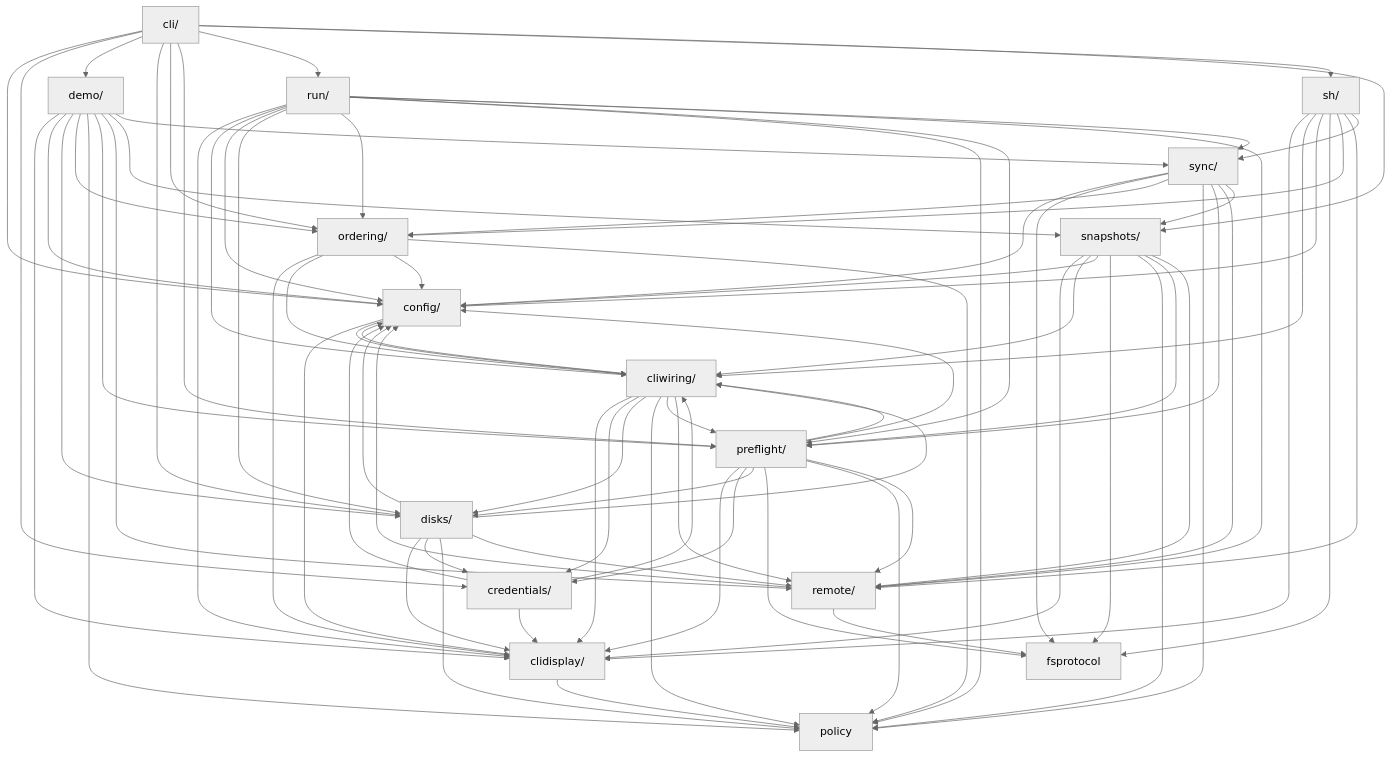
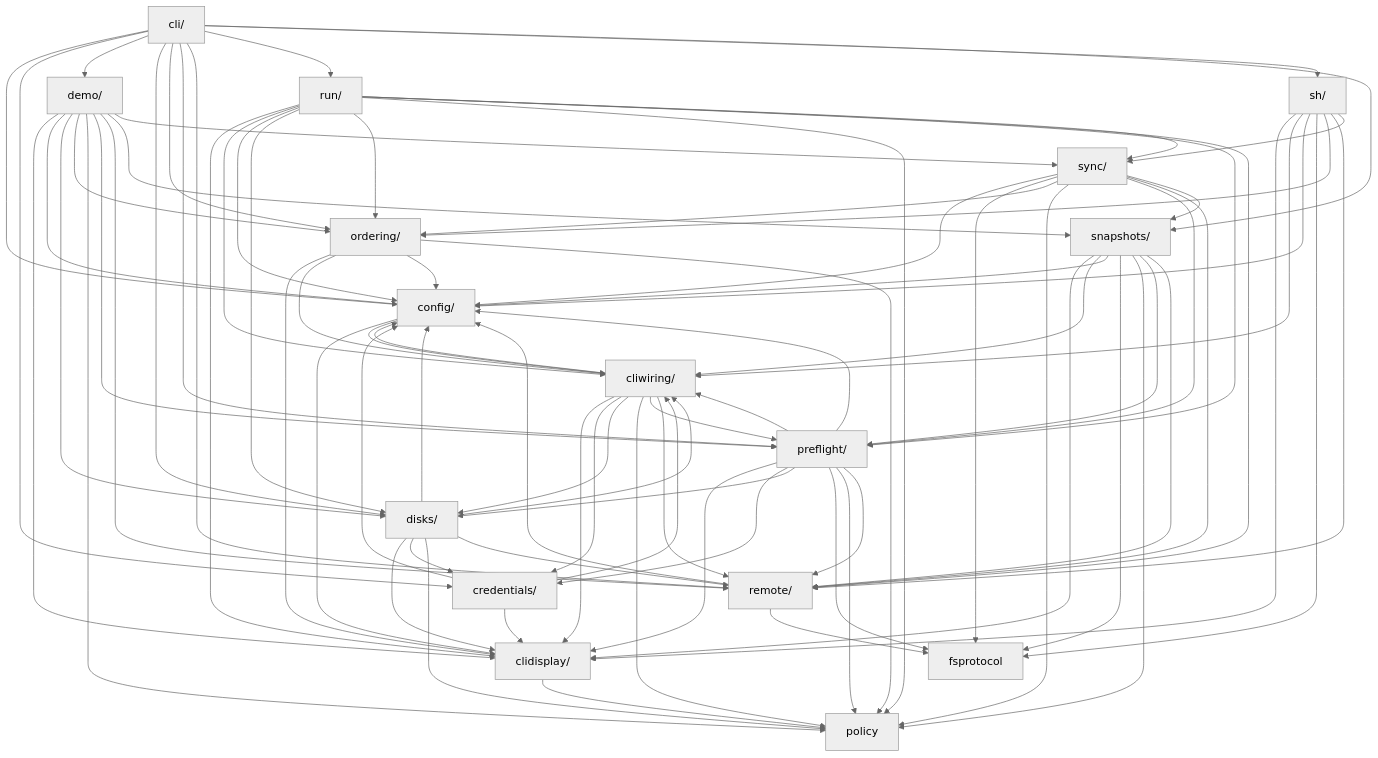
The diagram in docs/architecture.md (iglootools/nbkp), drawn with Mermaid (neutral theme) before and after one commit. The commit also changed other lines of this file and 7 other files, not shown here.

```diff
--- a/docs/architecture.md
+++ b/docs/architecture.md
@@ -62,6 +62,7 @@
     cli --> disks
     cli --> ordering
     cli --> preflight
+    cli --> remote
     cli --> run
     cli --> sh
     cli --> snapshots
```
